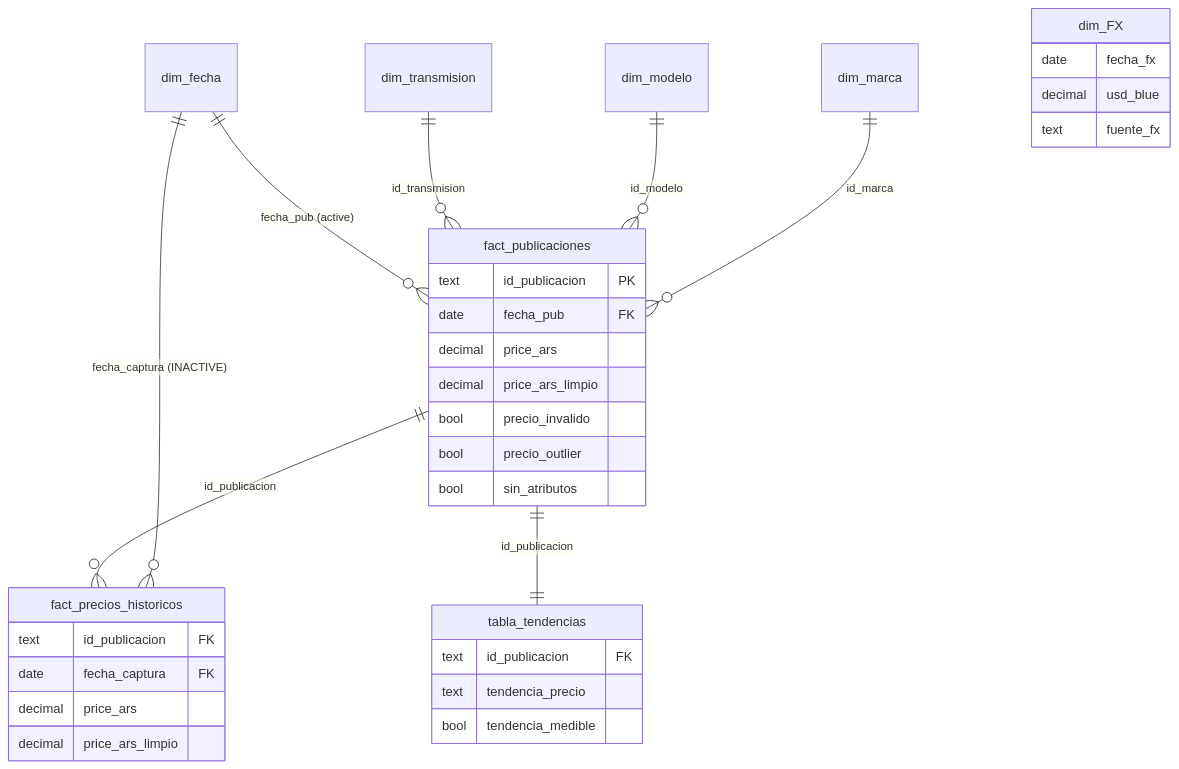
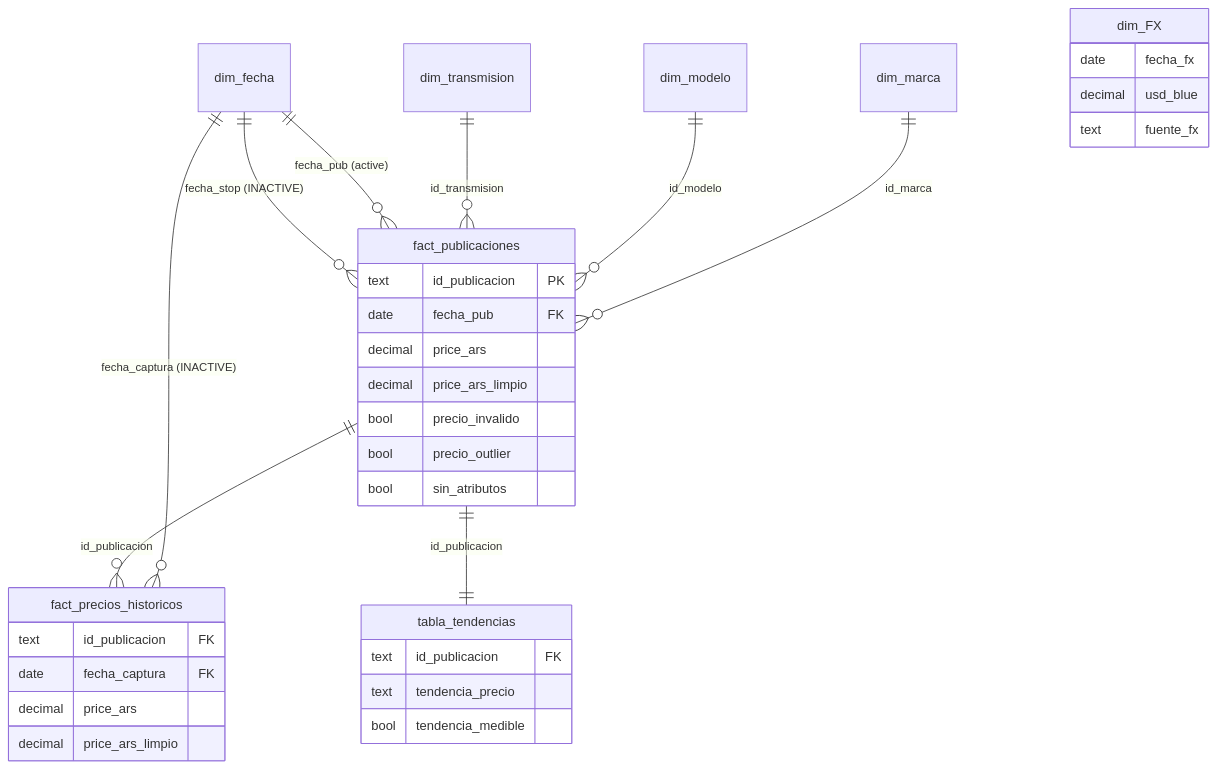
One commit to santipigretti-ssp/challenge_bi changed the second of 2 diagrams in README.md. Above: the diagram before and after it, drawn with Mermaid. The commit also changed other lines of this file and 10 other files, not shown here.

````diff
--- a/README.md
+++ b/README.md
@@ -67,36 +67,37 @@
 ```mermaid
 erDiagram
     dim_marca ||--o{ fact_publicaciones : id_marca
     dim_modelo ||--o{ fact_publicaciones : id_modelo
     dim_transmision ||--o{ fact_publicaciones : id_transmision
     dim_fecha ||--o{ fact_publicaciones : "fecha_pub (active)"
     dim_fecha ||--o{ fact_precios_historicos : "fecha_captura (INACTIVE)"
+    dim_fecha ||--o{ fact_publicaciones : "fecha_stop (INACTIVE)"
     fact_publicaciones ||--o{ fact_precios_historicos : id_publicacion
     fact_publicaciones ||--|| tabla_tendencias : id_publicacion
 
     fact_publicaciones {
         text id_publicacion PK
         date fecha_pub FK
         decimal price_ars
         decimal price_ars_limpio
         bool precio_invalido
         bool precio_outlier
         bool sin_atributos
     }
     fact_precios_historicos {
         text id_publicacion FK
         date fecha_captura FK
         decimal price_ars
         decimal price_ars_limpio
     }
     tabla_tendencias {
         text id_publicacion FK
         text tendencia_precio
         bool tendencia_medible
     }
     dim_FX {
         date fecha_fx
         decimal usd_blue
         text fuente_fx
     }
 ```
````
